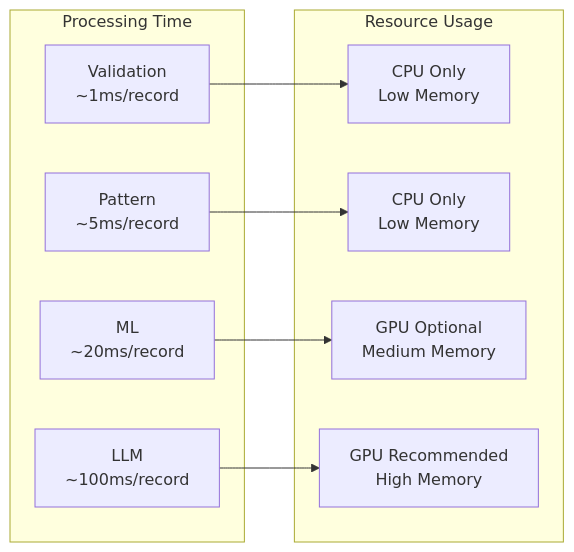
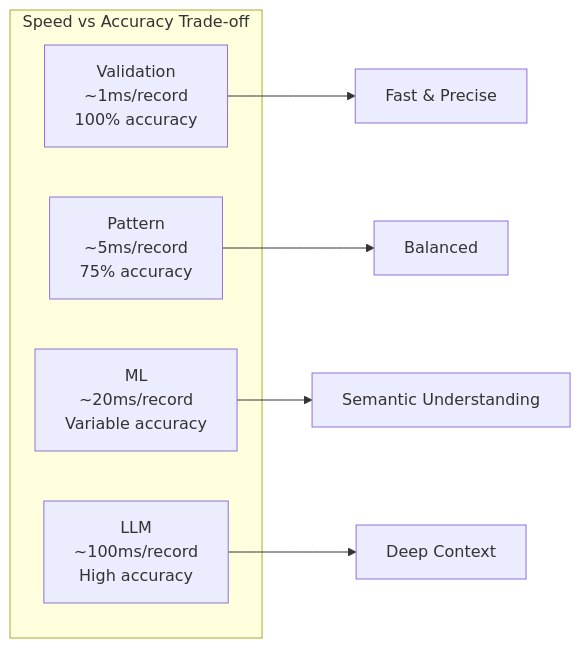
One commit to xafron-bv/data-quality-monitoring changed the second of 2 diagrams in docs/detection-methods/overview.md. Above: the diagram before and after it, drawn with Mermaid. The commit also changed other lines of this file, not shown here.

````diff
--- a/docs/detection-methods/overview.md
+++ b/docs/detection-methods/overview.md
@@ -143,16 +327,14 @@
 ```mermaid
 graph LR
-    subgraph "Processing Time"
-        A[Validation<br/>~1ms/record]
-        B[Pattern<br/>~5ms/record]
-        C[ML<br/>~20ms/record]
-        D[LLM<br/>~100ms/record]
+    subgraph "Speed vs Accuracy Trade-off"
+        A[Validation<br/>~1ms/record<br/>100% accuracy]
+        B[Pattern<br/>~5ms/record<br/>75% accuracy]  
+        C[ML<br/>~20ms/record<br/>Variable accuracy]
+        D[LLM<br/>~100ms/record<br/>High accuracy]
     end
     
-    subgraph "Resource Usage"
-        A --> A1[CPU Only<br/>Low Memory]
-        B --> B1[CPU Only<br/>Low Memory]
-        C --> C1[GPU Optional<br/>Medium Memory]
-        D --> D1[GPU Recommended<br/>High Memory]
-    end
+    A --> Fast[Fast & Precise]
+    B --> Balanced[Balanced]
+    C --> Semantic[Semantic Understanding]
+    D --> Contextual[Deep Context]
 ```
````
